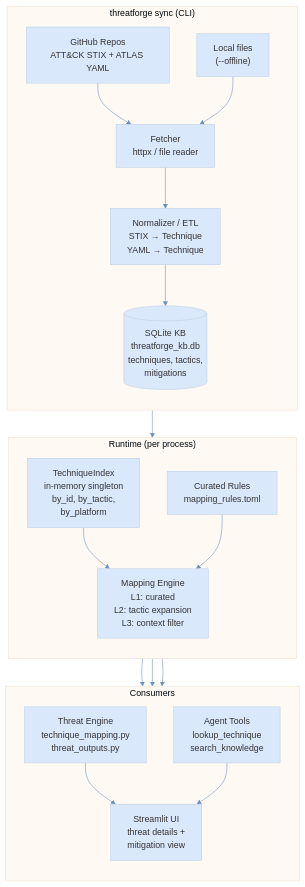
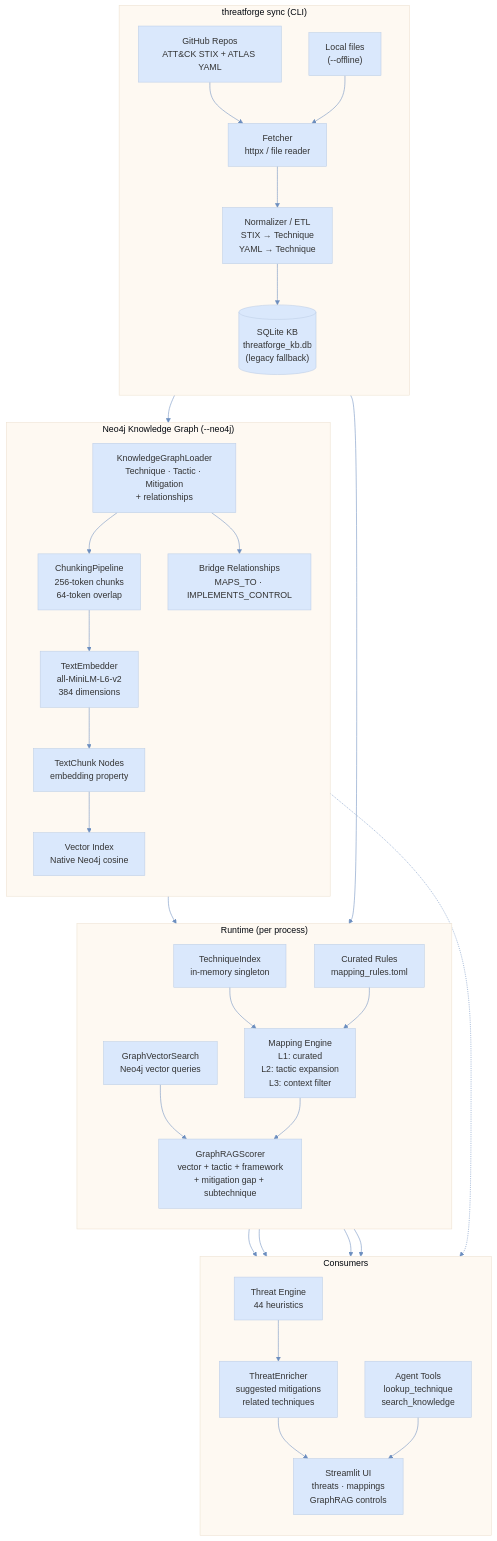
One commit to zencodeai/ai-threatforge changed the diagram in docs/diagrams/knowledge_ingestion.mmd. Above: the diagram before and after it, drawn with Mermaid. The commit also changed 13 other files, not shown here.

First line of the commit message:
docs: update README, architecture, diagrams for GraphRAG and 44-heuristic state

```diff
--- a/docs/diagrams/knowledge_ingestion.mmd
+++ b/docs/diagrams/knowledge_ingestion.mmd
@@ -1,39 +1,62 @@
 %%{init: {'theme': 'base', 'themeVariables': {'lineColor': '#6c8ebf', 'primaryTextColor': '#333333', 'primaryColor': '#dae8fc', 'secondaryColor': '#f5f5f5'}}}%%
 flowchart TB
     subgraph SYNC["threatforge sync (CLI)"]
         direction TB
         GH["GitHub Repos<br/>ATT&CK STIX + ATLAS YAML"]
         LOCAL["Local files<br/>(--offline)"]
         FETCH["Fetcher<br/>httpx / file reader"]
         NORM["Normalizer / ETL<br/>STIX → Technique<br/>YAML → Technique"]
-        DB[("SQLite KB<br/>threatforge_kb.db<br/>techniques, tactics,<br/>mitigations")]
+        DB[("SQLite KB<br/>threatforge_kb.db<br/>(legacy fallback)")]
 
         GH --> FETCH
         LOCAL --> FETCH
         FETCH --> NORM
         NORM --> DB
     end
 
+    subgraph NEO4J["Neo4j Knowledge Graph (--neo4j)"]
+        direction TB
+        KGL["KnowledgeGraphLoader<br/>Technique · Tactic · Mitigation<br/>+ relationships"]
+        CHUNK["ChunkingPipeline<br/>256-token chunks<br/>64-token overlap"]
+        EMBED["TextEmbedder<br/>all-MiniLM-L6-v2<br/>384 dimensions"]
+        TCNODES["TextChunk Nodes<br/>embedding property"]
+        VIDX["Vector Index<br/>Native Neo4j cosine"]
+        BRIDGE["Bridge Relationships<br/>MAPS_TO · IMPLEMENTS_CONTROL"]
+
+        NORM --> KGL
+        KGL --> CHUNK
+        CHUNK --> EMBED --> TCNODES --> VIDX
+        KGL --> BRIDGE
+    end
+
     subgraph RUNTIME["Runtime (per process)"]
         direction TB
-        IDX["TechniqueIndex<br/>in-memory singleton<br/>by_id, by_tactic,<br/>by_platform"]
+        IDX["TechniqueIndex<br/>in-memory singleton"]
         CURATED["Curated Rules<br/>mapping_rules.toml"]
         ENGINE["Mapping Engine<br/>L1: curated<br/>L2: tactic expansion<br/>L3: context filter"]
+        GVS["GraphVectorSearch<br/>Neo4j vector queries"]
+        GSCORER["GraphRAGScorer<br/>vector + tactic + framework<br/>+ mitigation gap + subtechnique"]
 
         DB --> IDX
         IDX --> ENGINE
         CURATED --> ENGINE
+        VIDX --> GVS --> GSCORER
+        ENGINE --> GSCORER
     end
 
     subgraph CONSUMERS["Consumers"]
         direction TB
-        THREATS["Threat Engine<br/>technique_mapping.py<br/>threat_outputs.py"]
+        THREATS["Threat Engine<br/>44 heuristics"]
+        ENRICHER["ThreatEnricher<br/>suggested mitigations<br/>related techniques"]
         TOOLS["Agent Tools<br/>lookup_technique<br/>search_knowledge"]
-        UI["Streamlit UI<br/>threat details +<br/>mitigation view"]
+        UI["Streamlit UI<br/>threats · mappings<br/>GraphRAG controls"]
     end
 
     ENGINE --> THREATS
+    GSCORER --> THREATS
+    KGL -.-> ENRICHER
+    THREATS --> ENRICHER
     ENGINE --> TOOLS
     IDX --> TOOLS
-    THREATS --> UI
+    ENRICHER --> UI
     TOOLS --> UI
```
